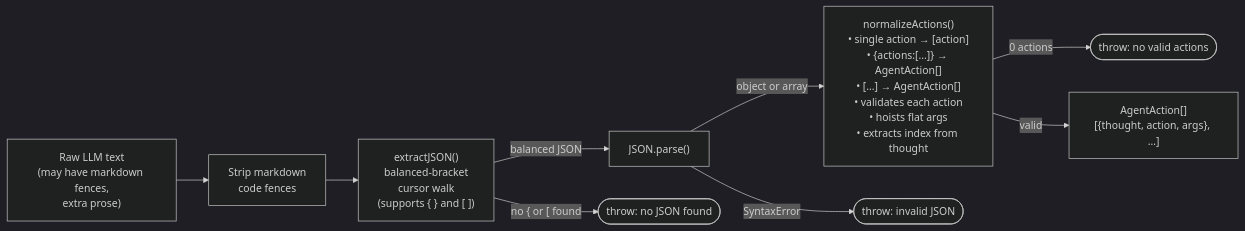
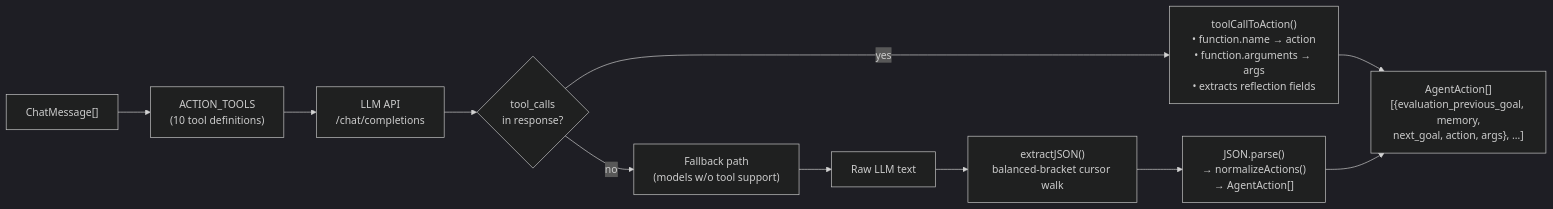
Before and after one commit to abd-maqableh/my-page-agent: the fifth of 8 diagrams in ARCHITECTURE.md, drawn with Mermaid (dark theme). The commit also changed other lines of this file and 3 other files, not shown here.

Commit message:
feat: Enhance LLM response processing with tool calling and reflection parameters; update prompts to static Markdown files

````diff
--- a/ARCHITECTURE.md
+++ b/ARCHITECTURE.md
@@ -326,21 +328,25 @@
 ```mermaid
 flowchart LR
-    RAW["Raw LLM text<br/>(may have markdown fences,<br/>extra prose)"]
-    FENCE["Strip markdown<br/>code fences"]
-    EXTRACT["extractJSON()<br/>balanced-bracket<br/>cursor walk<br/>(supports { } and [ ])"]
-    PARSE["JSON.parse()"]
-    NORMALIZE["normalizeActions()<br/>• single action → [action]<br/>• {actions:[...]} → AgentAction[]<br/>• [...] → AgentAction[]<br/>• validates each action<br/>• hoists flat args<br/>• extracts index from thought"]
-    ACTIONS["AgentAction[]<br/>[{thought, action, args}, …]"]
+    MSG["ChatMessage[]"]
+    TOOLS["ACTION_TOOLS<br/>(10 tool definitions)"]
+    LLM["LLM API<br/>/chat/completions"]
 
-    ERR1(["throw: no JSON found"])
-    ERR2(["throw: invalid JSON"])
-    ERR3(["throw: no valid actions"])
+    TOOL_CALLS{"tool_calls<br/>in response?"}
+    PARSE_TC["toolCallToAction()<br/>• function.name → action<br/>• function.arguments → args<br/>• extracts reflection fields"]
+    ACTIONS["AgentAction[]<br/>[{evaluation_previous_goal, memory,<br/>next_goal, action, args}, …]"]
 
-    RAW --> FENCE --> EXTRACT
-    EXTRACT -->|"no { or [ found"| ERR1
-    EXTRACT -->|"balanced JSON"| PARSE
-    PARSE -->|"SyntaxError"| ERR2
-    PARSE -->|"object or array"| NORMALIZE
-    NORMALIZE -->|"0 actions"| ERR3
-    NORMALIZE -->|"valid"| ACTIONS
+    FALLBACK_BRANCH["Fallback path<br/>(models w/o tool support)"]
+    RAW["Raw LLM text"]
+    EXTRACT["extractJSON()<br/>balanced-bracket cursor walk"]
+    PARSE["JSON.parse()
+→ normalizeActions()
+→ AgentAction[]"]
+
+    MSG --> TOOLS
+    TOOLS --> LLM
+    LLM --> TOOL_CALLS
+    TOOL_CALLS -->|"yes"| PARSE_TC
+    PARSE_TC --> ACTIONS
+    TOOL_CALLS -->|"no"| FALLBACK_BRANCH
+    FALLBACK_BRANCH --> RAW --> EXTRACT --> PARSE --> ACTIONS
 ```
````
